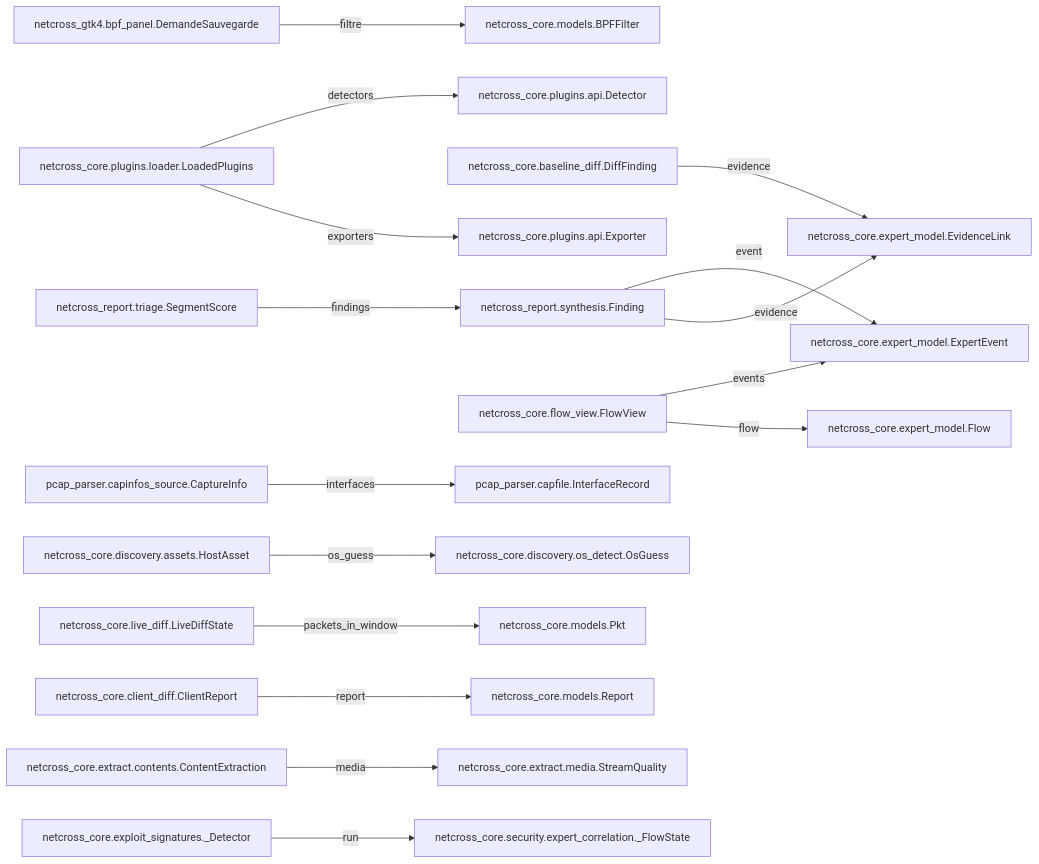
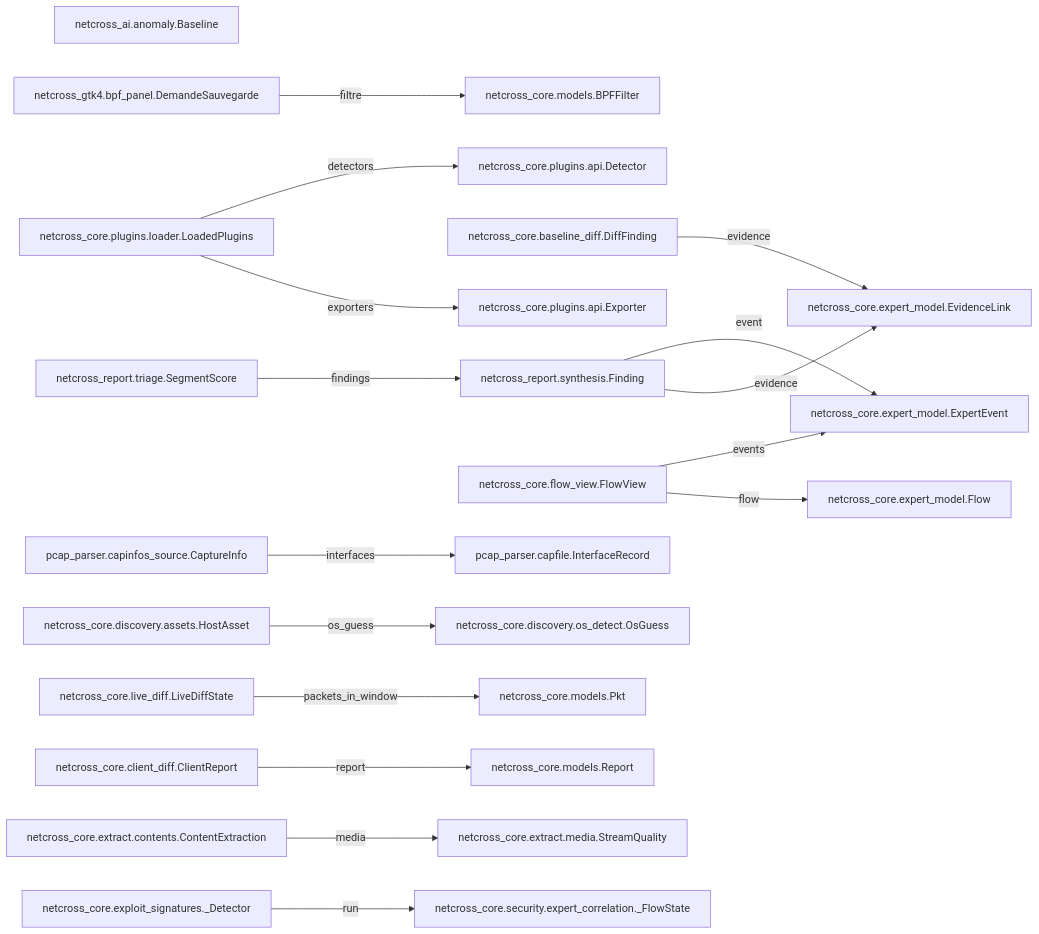
One commit to MathildeDec/Netcross changed the second of 18 diagrams in docs/class-diagram.md. Above: the diagram before and after it, drawn with Mermaid. The commit also changed other lines of this file and 9 other files, not shown here.

````diff
--- a/docs/class-diagram.md
+++ b/docs/class-diagram.md
@@ -52,42 +53,43 @@
 ```mermaid
 flowchart LR
     BPFFilter["netcross_core.models.BPFFilter"]
+    Baseline["netcross_ai.anomaly.Baseline"]
     CaptureInfo["pcap_parser.capinfos_source.CaptureInfo"]
     ClientReport["netcross_core.client_diff.ClientReport"]
     ContentExtraction["netcross_core.extract.contents.ContentExtraction"]
     DemandeSauvegarde["netcross_gtk4.bpf_panel.DemandeSauvegarde"]
     Detector["netcross_core.plugins.api.Detector"]
     DiffFinding["netcross_core.baseline_diff.DiffFinding"]
     EvidenceLink["netcross_core.expert_model.EvidenceLink"]
     ExpertEvent["netcross_core.expert_model.ExpertEvent"]
     Exporter["netcross_core.plugins.api.Exporter"]
     Finding["netcross_report.synthesis.Finding"]
     FlowView["netcross_core.flow_view.FlowView"]
     Flow["netcross_core.expert_model.Flow"]
     HostAsset["netcross_core.discovery.assets.HostAsset"]
     InterfaceRecord["pcap_parser.capfile.InterfaceRecord"]
     LiveDiffState["netcross_core.live_diff.LiveDiffState"]
     LoadedPlugins["netcross_core.plugins.loader.LoadedPlugins"]
     OsGuess["netcross_core.discovery.os_detect.OsGuess"]
     Pkt["netcross_core.models.Pkt"]
     Report["netcross_core.models.Report"]
     SegmentScore["netcross_report.triage.SegmentScore"]
     StreamQuality["netcross_core.extract.media.StreamQuality"]
     _Detector["netcross_core.exploit_signatures._Detector"]
     netcross_core_security_expert_correlation__FlowState["netcross_core.security.expert_correlation._FlowState"]
     CaptureInfo -->|interfaces| InterfaceRecord
     ClientReport -->|report| Report
     ContentExtraction -->|media| StreamQuality
     DemandeSauvegarde -->|filtre| BPFFilter
     DiffFinding -->|evidence| EvidenceLink
     Finding -->|event| ExpertEvent
     Finding -->|evidence| EvidenceLink
     FlowView -->|events| ExpertEvent
     FlowView -->|flow| Flow
     HostAsset -->|os_guess| OsGuess
     LiveDiffState -->|packets_in_window| Pkt
     LoadedPlugins -->|detectors| Detector
     LoadedPlugins -->|exporters| Exporter
     SegmentScore -->|findings| Finding
     _Detector -->|run| netcross_core_security_expert_correlation__FlowState
 ```
````
